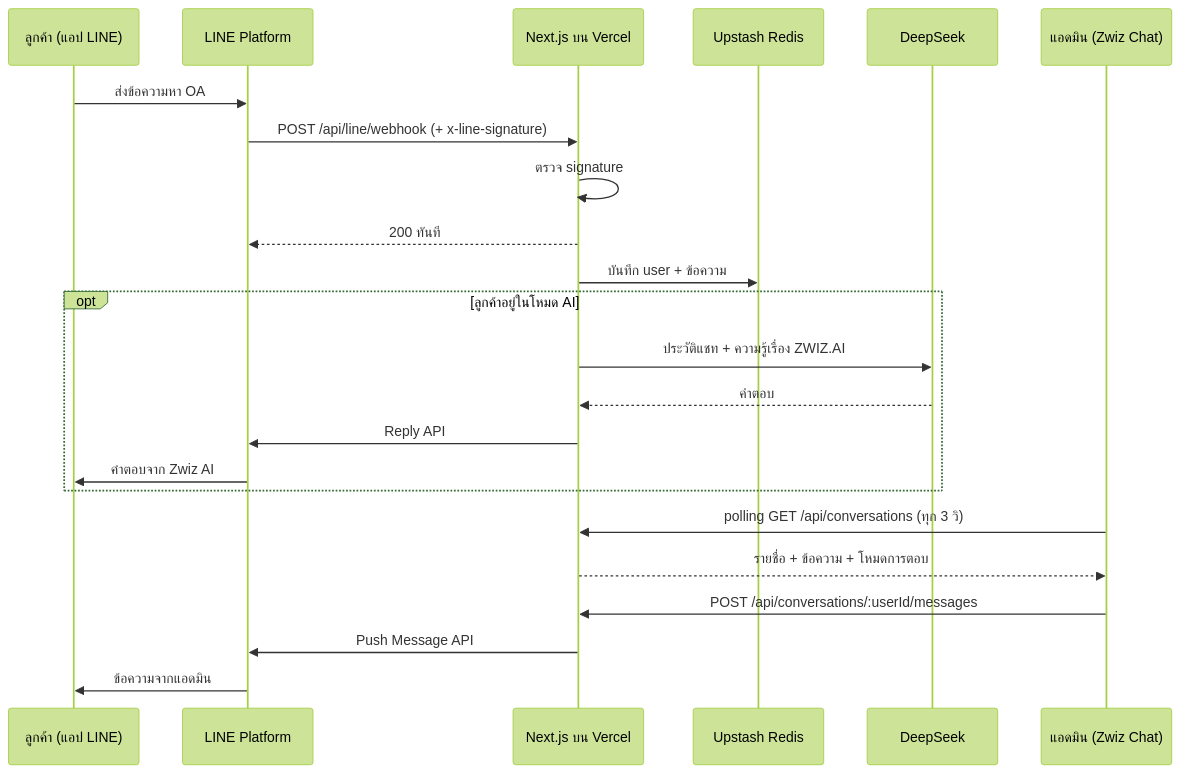
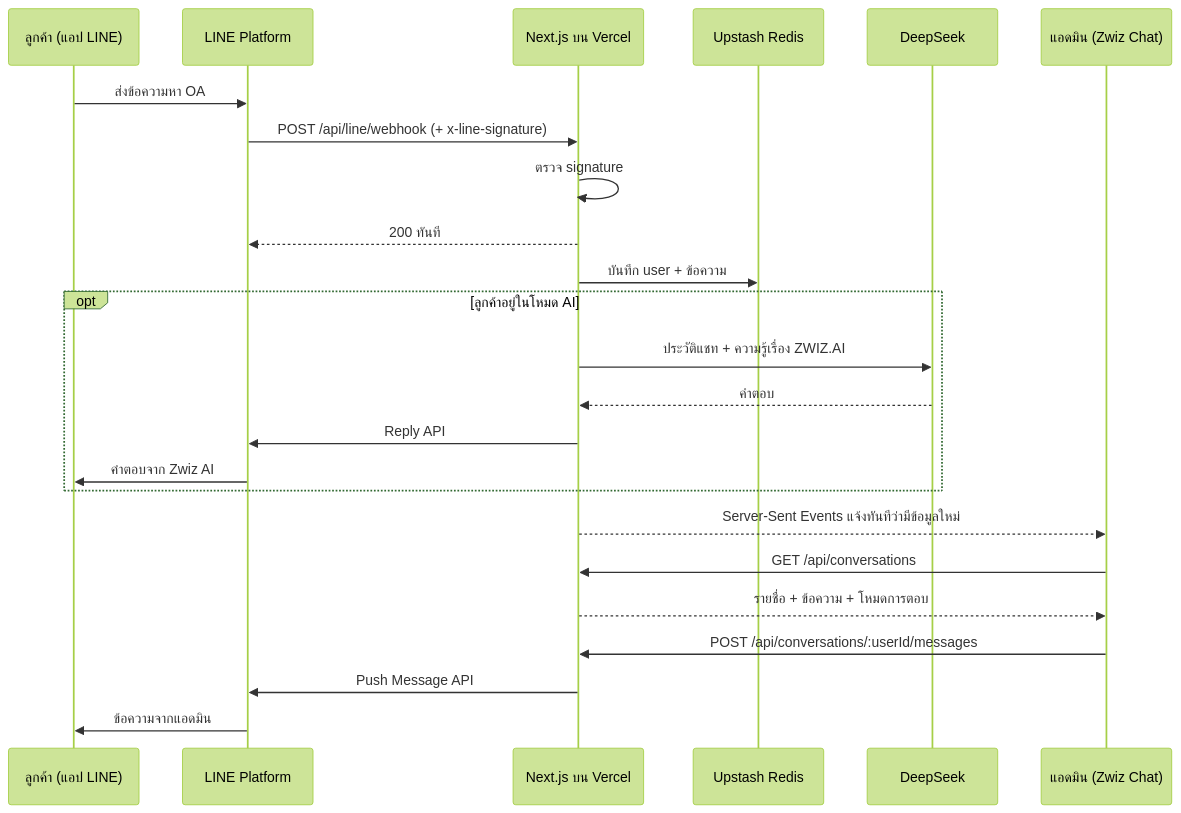
The diagram in README.md (sunitichuenarom/zwiz.ai-by-fent), drawn with Mermaid (forest theme) before and after one commit. The commit also changed other lines of this file and 10 other files, not shown here.

Commit message:
feat: push live updates over server-sent events and add unread notifications

````diff
--- a/README.md
+++ b/README.md
@@ -42,26 +42,27 @@
 ```mermaid
 sequenceDiagram
     participant U as ลูกค้า (แอป LINE)
     participant L as LINE Platform
     participant W as Next.js บน Vercel
     participant R as Upstash Redis
     participant D as DeepSeek
     participant A as แอดมิน (Zwiz Chat)
 
     U->>L: ส่งข้อความหา OA
     L->>W: POST /api/line/webhook (+ x-line-signature)
     W->>W: ตรวจ signature
     W-->>L: 200 ทันที
     W->>R: บันทึก user + ข้อความ
     opt ลูกค้าอยู่ในโหมด AI
         W->>D: ประวัติแชท + ความรู้เรื่อง ZWIZ.AI
         D-->>W: คำตอบ
         W->>L: Reply API
         L->>U: คำตอบจาก Zwiz AI
     end
-    A->>W: polling GET /api/conversations (ทุก 3 วิ)
+    W-->>A: Server-Sent Events แจ้งทันทีว่ามีข้อมูลใหม่
+    A->>W: GET /api/conversations
     W-->>A: รายชื่อ + ข้อความ + โหมดการตอบ
     A->>W: POST /api/conversations/:userId/messages
     W->>L: Push Message API
     L->>U: ข้อความจากแอดมิน
 ```
````
